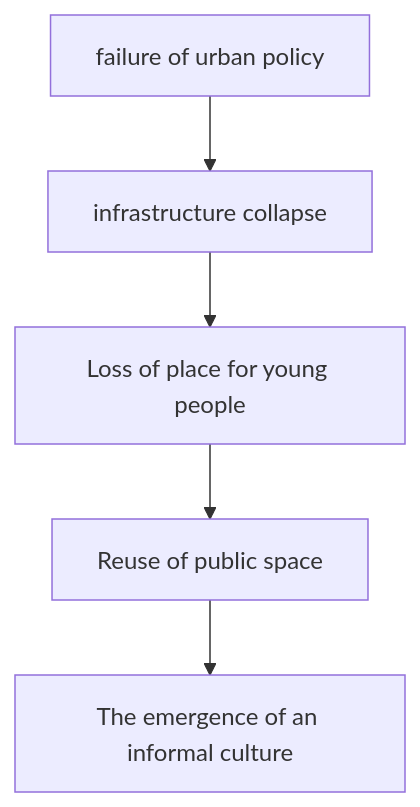
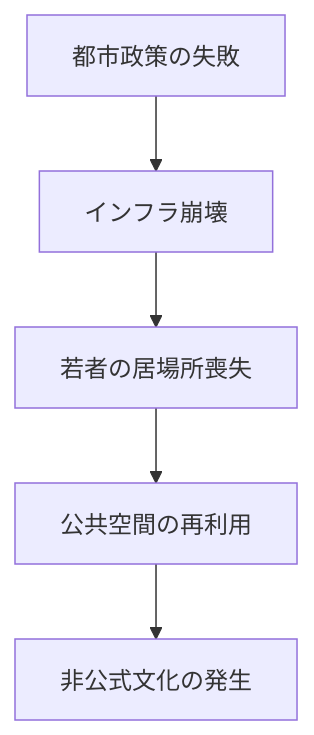
One commit to monumental-movement/monumental-movement.github.io changed the diagram in en/_posts/2026-01-16-column-early-hiphop.md. Above: the diagram before and after it, drawn with Mermaid. The commit also changed other lines of this file and 2196 other files, not shown here.

```diff
--- a/en/_posts/2026-01-16-column-early-hiphop.md
+++ b/en/_posts/2026-01-16-column-early-hiphop.md
@@ -58,7 +58,7 @@
 <div class="mermaid">
 graph TD
-A[failure of urban policy] --> B[infrastructure collapse]
-B --> C[Loss of place for young people]
-C --> D[Reuse of public space]
-D --> E[The emergence of an informal culture]
+A[都市政策の失敗] --> B[インフラ崩壊]
+B --> C[若者の居場所喪失]
+C --> D[公共空間の再利用]
+D --> E[非公式文化の発生]
 </div>
```
